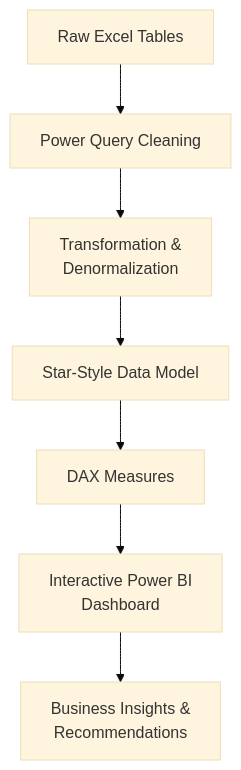
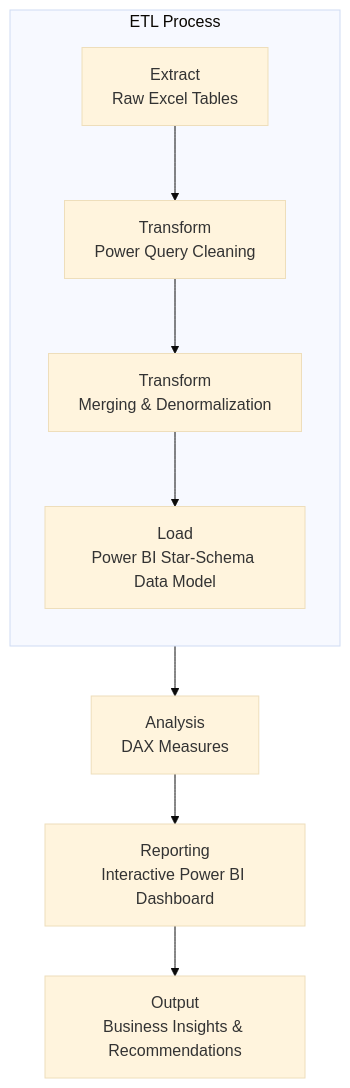
The diagram in README.md (AsemFared435/Gym-Business-Performance-Dashboard), drawn with Mermaid (base theme) before and after one commit. The commit also changed other lines of this file, not shown here.

Commit message:
Rename section to ETL & Analytics Workflow

````diff
--- a/README.md
+++ b/README.md
@@ -108,9 +108,17 @@
 ```mermaid
 flowchart TD
-    A["Raw Excel Tables"] --> B["Power Query Cleaning"]
-    B --> C["Transformation &<br/>Denormalization"]
-    C --> D["Star-Style Data Model"]
-    D --> E["DAX Measures"]
-    E --> F["Interactive Power BI<br/>Dashboard"]
-    F --> G["Business Insights &<br/>Recommendations"]
+    subgraph ETL["ETL Process"]
+        direction TD
+
+        A["Extract<br/>Raw Excel Tables"]
+        B["Transform<br/>Power Query Cleaning"]
+        C["Transform<br/>Merging & Denormalization"]
+        D["Load<br/>Power BI Star-Schema Data Model"]
+
+        A --> B --> C --> D
+    end
+
+    D --> E["Analysis<br/>DAX Measures"]
+    E --> F["Reporting<br/>Interactive Power BI Dashboard"]
+    F --> G["Output<br/>Business Insights & Recommendations"]
 ```
````
